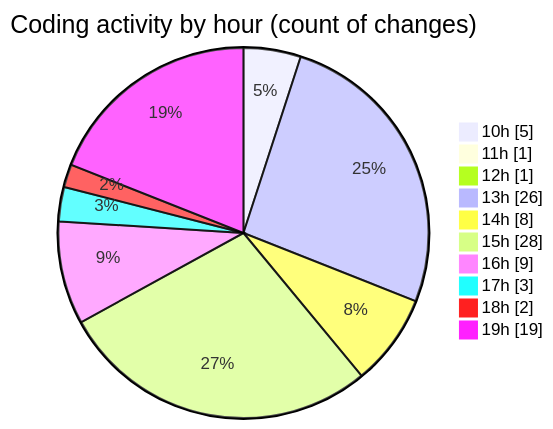
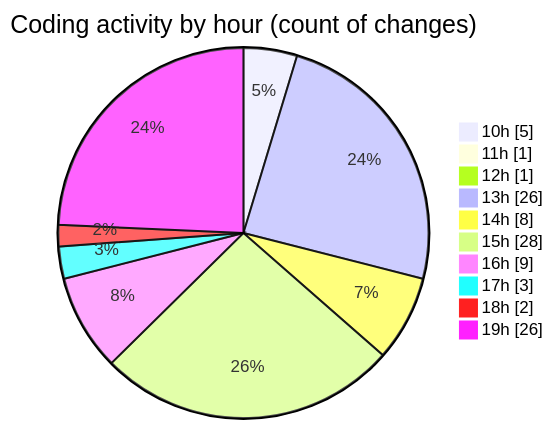
The second of 2 diagrams in 2026-04-21/cda/README.md (momahboobian/code-tracking), drawn with Mermaid before and after one commit. The commit also changed other lines of this file and 1 other file, not shown here.

````diff
--- a/2026-04-21/cda/README.md
+++ b/2026-04-21/cda/README.md
@@ -69,14 +69,14 @@
 ```mermaid
 pie showData
 title Coding activity by hour (count of changes)
 "10h" : 5
 "11h" : 1
 "12h" : 1
 "13h" : 26
 "14h" : 8
 "15h" : 28
 "16h" : 9
 "17h" : 3
 "18h" : 2
-"19h" : 19
+"19h" : 26
 ```
````
